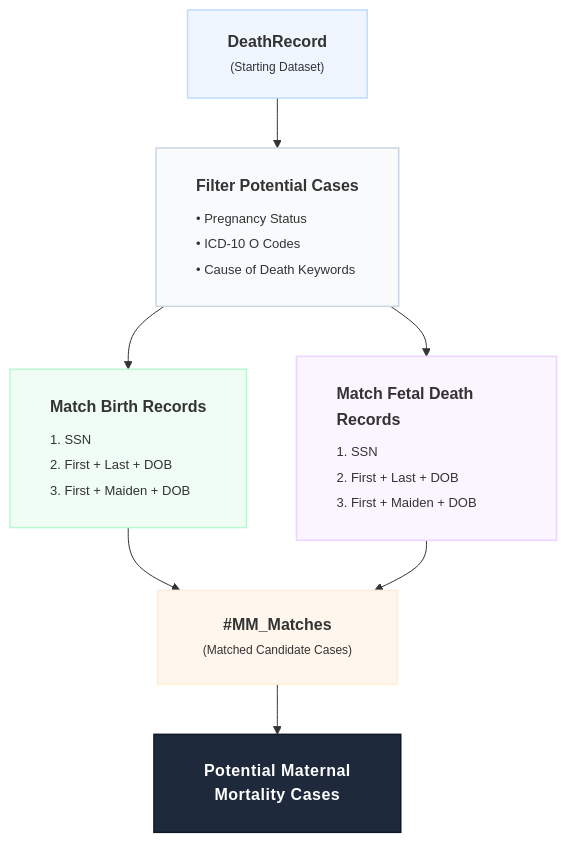
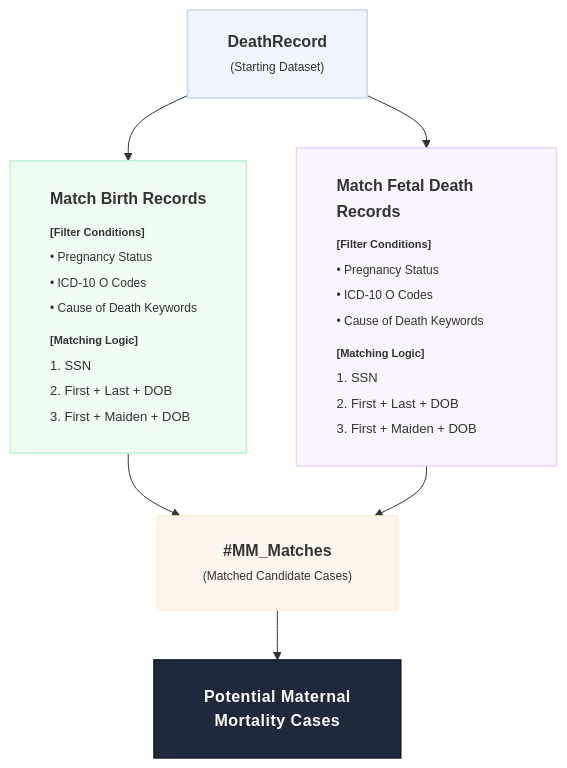
The second of 2 diagrams in Maternal-Mortality-Case-Identification/README.md (lxj8244-alt/Georgia-Public-Health-Analytics), drawn with Mermaid before and after one commit.

````diff
--- a/Maternal-Mortality-Case-Identification/README.md
+++ b/Maternal-Mortality-Case-Identification/README.md
@@ -126,37 +126,32 @@
 ```mermaid
 flowchart TD
     %% 1단계: Starting Dataset
     Start["<div style='padding: 5px 10px;'><b>DeathRecord</b><br><span style='font-size: 12px; color: #64748b;'>(Starting Dataset)</span></div>"]
 
-    %% 2단계: Filter
-    Filter["<div style='padding: 10px; line-height: 1.6;'><b>Filter Potential Cases</b><div style='border-top: 1px solid #cbd5e1; margin: 6px 0;'></div><span style='font-size: 13px; color: #334155;'>• Pregnancy Status<br>• ICD-10 O Codes<br>• Cause of Death Keywords</span></div>"]
+    %% 2단계: 필터 조건이 내장된 매칭 박스 (두 갈래 분기)
+    MatchBirth["<div style='padding: 10px; line-height: 1.6;'><b>Match Birth Records</b><div style='border-top: 1px solid #bbf7d0; margin: 6px 0;'></div><span style='font-size: 11px; color: #64748b; font-weight: bold;'>[Filter Conditions]</span><br><span style='font-size: 12px; color: #475569;'>• Pregnancy Status<br>• ICD-10 O Codes<br>• Cause of Death Keywords</span><div style='border-top: 1px dotted #bbf7d0; margin: 6px 0;'></div><span style='font-size: 11px; color: #64748b; font-weight: bold;'>[Matching Logic]</span><br><span style='font-size: 13px; color: #334155;'>1. SSN<br>2. First + Last + DOB<br>3. First + Maiden + DOB</span></div>"]
+    
+    MatchFetal["<div style='padding: 10px; line-height: 1.6;'><b>Match Fetal Death Records</b><div style='border-top: 1px solid #e9d5ff; margin: 6px 0;'></div><span style='font-size: 11px; color: #64748b; font-weight: bold;'>[Filter Conditions]</span><br><span style='font-size: 12px; color: #475569;'>• Pregnancy Status<br>• ICD-10 O Codes<br>• Cause of Death Keywords</span><div style='border-top: 1px dotted #e9d5ff; margin: 6px 0;'></div><span style='font-size: 11px; color: #64748b; font-weight: bold;'>[Matching Logic]</span><br><span style='font-size: 13px; color: #334155;'>1. SSN<br>2. First + Last + DOB<br>3. First + Maiden + DOB</span></div>"]
 
-    %% 3단계: 두 갈래 분기 (Match Records)
-    MatchBirth["<div style='padding: 10px; line-height: 1.6;'><b>Match Birth Records</b><div style='border-top: 1px solid #bbf7d0; margin: 6px 0;'></div><span style='font-size: 13px; color: #334155;'>1. SSN<br>2. First + Last + DOB<br>3. First + Maiden + DOB</span></div>"]
-    
-    MatchFetal["<div style='padding: 10px; line-height: 1.6;'><b>Match Fetal Death Records</b><div style='border-top: 1px solid #e9d5ff; margin: 6px 0;'></div><span style='font-size: 13px; color: #334155;'>1. SSN<br>2. First + Last + DOB<br>3. First + Maiden + DOB</span></div>"]
-
-    %% 4단계: 매칭 결과 합쳐짐
+    %% 3단계: 매칭 결과 합쳐짐
     Matches["<div style='padding: 8px 15px;'><b>#MM_Matches</b><br><span style='font-size: 12px; color: #c2410c;'>(Matched Candidate Cases)</span></div>"]
 
-    %% 5단계: 최종 결과
+    %% 4단계: 최종 결과
     Final["<div style='padding: 10px 20px; font-weight: bold; letter-spacing: 0.5px;'>Potential Maternal<br>Mortality Cases</div>"]
 
     %% 흐름 연결 (Relationships)
-    Start --> Filter
-    Filter --> MatchBirth
-    Filter --> MatchFetal
+    Start --> MatchBirth
+    Start --> MatchFetal
     MatchBirth --> Matches
     MatchFetal --> Matches
     Matches --> Final
 
-    %% 스타일링 (선의 부드러운 곡선 및 내부 정렬 설정)
+    %% 스타일링
     style Start fill:#eff6ff,stroke:#bfdbfe,stroke-width:1.5px
-    style Filter fill:#f8fafc,stroke:#cbd5e1,stroke-width:1.5px,text-align:left
     
     style MatchBirth fill:#f0fdf4,stroke:#bbf7d0,stroke-width:1.5px,text-align:left
     style MatchFetal fill:#faf5ff,stroke:#e9d5ff,stroke-width:1.5px,text-align:left
     
     style Matches fill:#fff7ed,stroke:#ffedd5,stroke-width:1.5px
     style Final fill:#1e293b,stroke:#0f172a,stroke-width:1.5px,color:#fff
 ```
````
